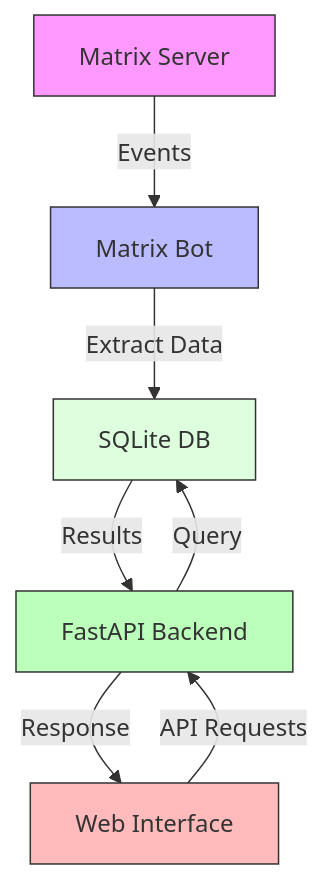
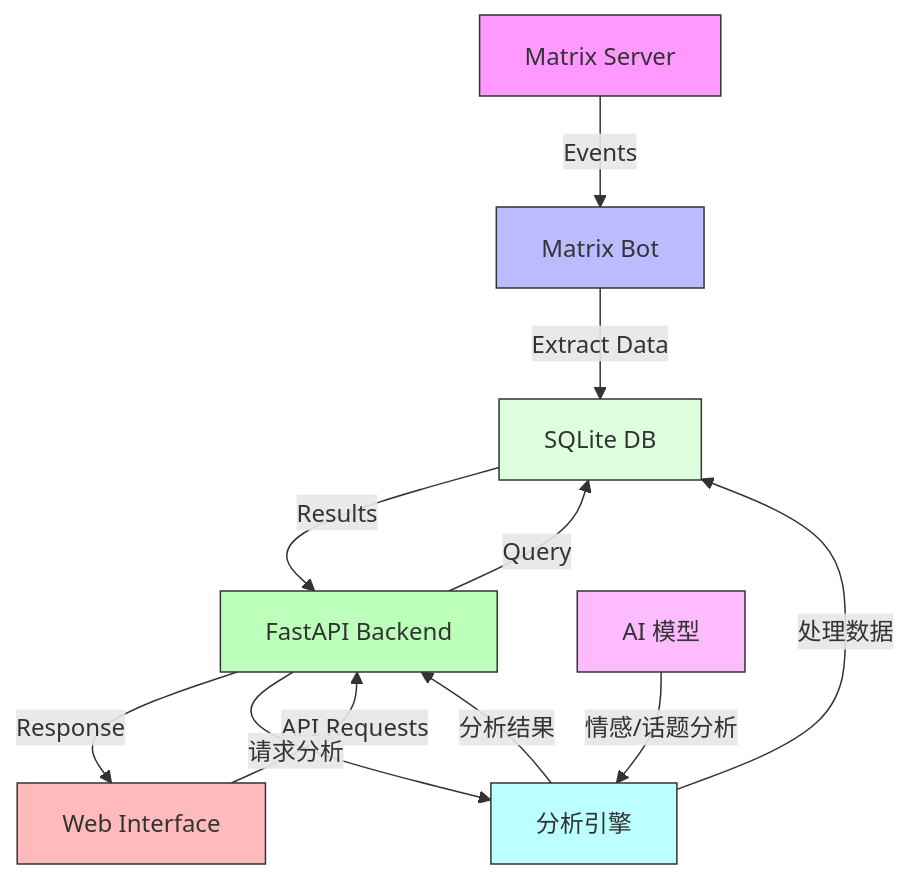
Before and after one commit to WeepingDogel/matrix-historian: the diagram in README_zh.md, drawn with Mermaid. The commit also changed other lines of this file and 1 other file, not shown here.

Commit message:
Update mermaid

````diff
--- a/README_zh.md
+++ b/README_zh.md
@@ -6,15 +6,22 @@
 ```mermaid
-    graph TB
-        A[Matrix Server] -->|Events| B[Matrix Bot]
-        B -->|Extract Data| C[SQLite DB]
-        D[Web Interface] -->|API Requests| E[FastAPI Backend]
-        E -->|Query| C
-        C -->|Results| E
-        E -->|Response| D
-        
-        style A fill:#f9f,stroke:#333
-        style B fill:#bbf,stroke:#333
-        style C fill:#dfd,stroke:#333
-        style D fill:#fbb,stroke:#333
-        style E fill:#bfb,stroke:#333
+graph TB
+    A[Matrix Server] -->|Events| B[Matrix Bot]
+    B -->|Extract Data| C[SQLite DB]
+    D[Web Interface] -->|API Requests| E[FastAPI Backend]
+    E -->|Query| C
+    C -->|Results| E
+    E -->|Response| D
+    
+    F[分析引擎] -->|处理数据| C
+    E -->|请求分析| F
+    F -->|分析结果| E
+    G[AI 模型] -->|情感/话题分析| F
+    
+    style A fill:#f9f,stroke:#333
+    style B fill:#bbf,stroke:#333
+    style C fill:#dfd,stroke:#333
+    style D fill:#fbb,stroke:#333
+    style E fill:#bfb,stroke:#333
+    style F fill:#bff,stroke:#333
+    style G fill:#fbf,stroke:#333
 ```
````
